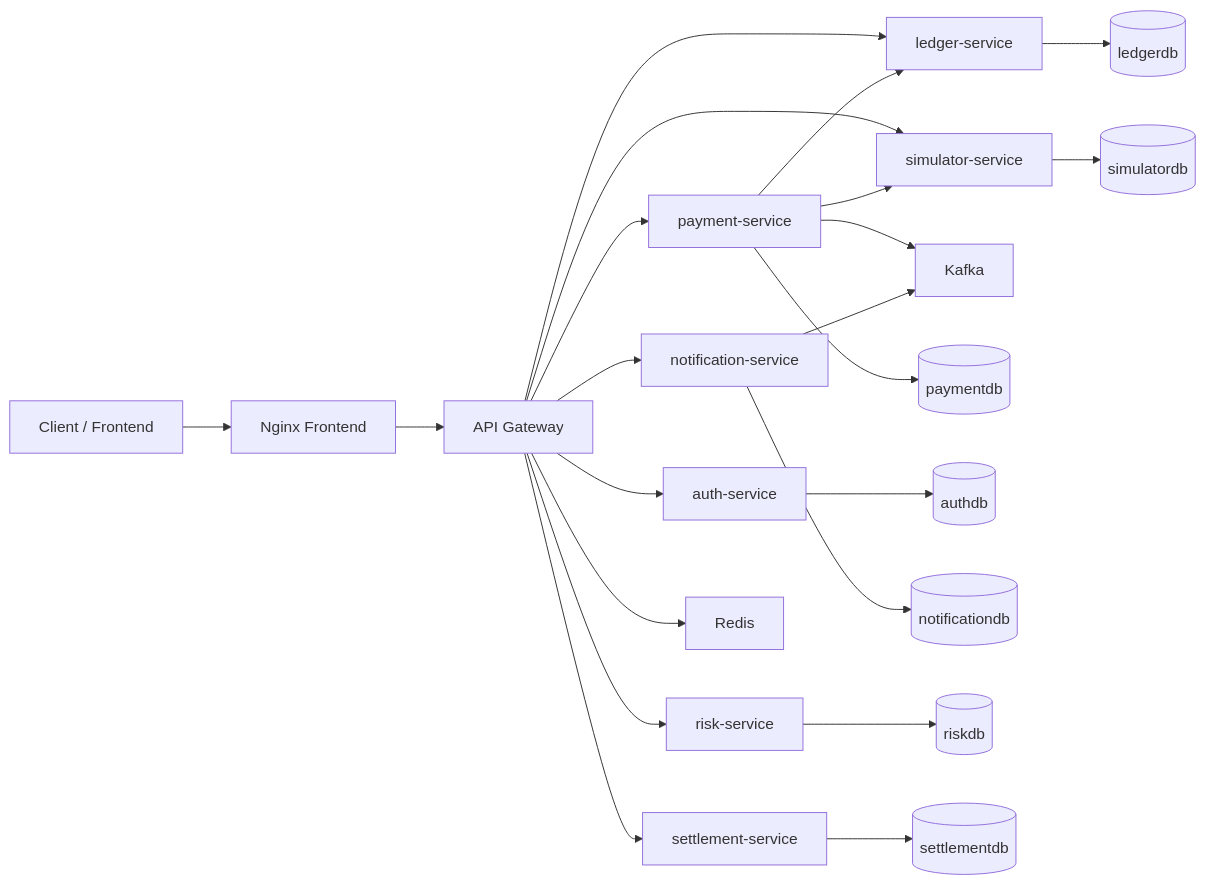
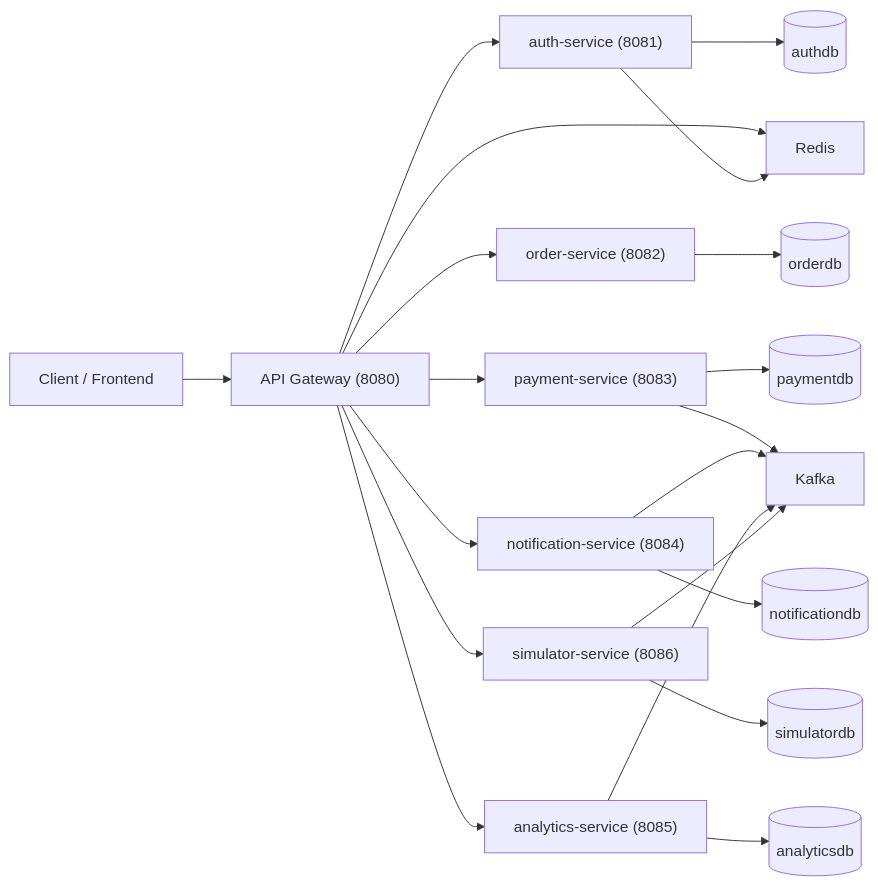
Before and after one commit to Drive10/payment-gateway: the diagram in docs/ARCHITECTURE.md, drawn with Mermaid. The commit also changed other lines of this file and 61 other files, not shown here.

````diff
--- a/docs/ARCHITECTURE.md
+++ b/docs/ARCHITECTURE.md
@@ -7,27 +5,26 @@
 ```mermaid
 flowchart LR
-    Client["Client / Frontend"] --> Frontend["Nginx Frontend"]
-    Frontend --> Gateway["API Gateway"]
+    Client["Client / Frontend"] --> Gateway["API Gateway (8080)"]
 
-    Gateway --> Payment["payment-service"]
-    Gateway --> Auth["auth-service"]
-    Gateway --> Ledger["ledger-service"]
-    Gateway --> Notify["notification-service"]
-    Gateway --> Risk["risk-service"]
-    Gateway --> Settlement["settlement-service"]
-    Gateway --> Simulator["simulator-service"]
+    Gateway --> Auth["auth-service (8081)"]
+    Gateway --> Order["order-service (8082)"]
+    Gateway --> Payment["payment-service (8083)"]
+    Gateway --> Notify["notification-service (8084)"]
+    Gateway --> Simulator["simulator-service (8086)"]
+    Gateway --> Analytics["analytics-service (8085)"]
+
+    Auth --> AuthDB[("authdb")]
+    Order --> OrderDB[("orderdb")]
+    Payment --> PaymentDB[("paymentdb")]
+    Notify --> NotifyDB[("notificationdb")]
+    Simulator --> SimDB[("simulatordb")]
+    Analytics --> AnalyticsDB[("analyticsdb")]
 
     Payment --> Kafka["Kafka"]
+    Notify --> Kafka
+    Analytics --> Kafka
+    Simulator --> Kafka
+
     Gateway --> Redis["Redis"]
-    Payment --> Ledger
-    Payment --> Simulator
-    Notify --> Kafka
-
-    Payment --> PayDB[("paymentdb")]
-    Auth --> AuthDB[("authdb")]
-    Ledger --> LedgerDB[("ledgerdb")]
-    Notify --> NotifyDB[("notificationdb")]
-    Risk --> RiskDB[("riskdb")]
-    Settlement --> SettlementDB[("settlementdb")]
-    Simulator --> SimDB[("simulatordb")]
+    Auth --> Redis
 ```
````
